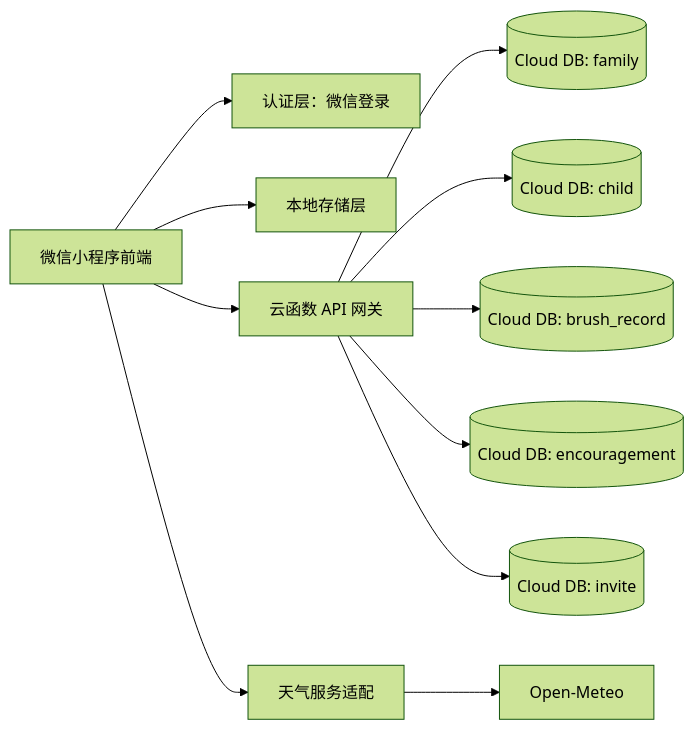
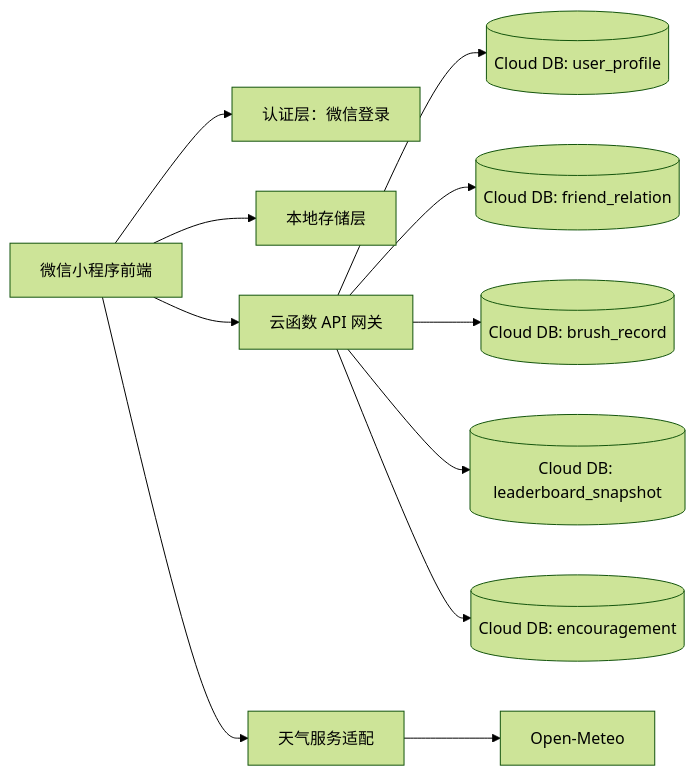
The first of 3 diagrams in docs/tech/wechat-miniapp-kids-brushing-technical-design.md (caterpi11ar/dentic), drawn with Mermaid (forest theme) before and after one commit. The commit also changed other lines of this file and 1 other file, not shown here.

Commit message:
docs: replace family collaboration with friend leaderboard model

````diff
--- a/docs/tech/wechat-miniapp-kids-brushing-technical-design.md
+++ b/docs/tech/wechat-miniapp-kids-brushing-technical-design.md
@@ -40,15 +47,15 @@
 ```mermaid
 flowchart LR
   A[微信小程序前端] --> B[认证层：微信登录]
   A --> C[本地存储层]
   A --> D[云函数 API 网关]
 
-  D --> E[(Cloud DB: family)]
-  D --> F[(Cloud DB: child)]
+  D --> E[(Cloud DB: user_profile)]
+  D --> F[(Cloud DB: friend_relation)]
   D --> G[(Cloud DB: brush_record)]
-  D --> H[(Cloud DB: encouragement)]
-  D --> I[(Cloud DB: invite)]
+  D --> H[(Cloud DB: leaderboard_snapshot)]
+  D --> I[(Cloud DB: encouragement)]
 
   A --> J[天气服务适配]
   J --> K[Open-Meteo]
 ```
````
